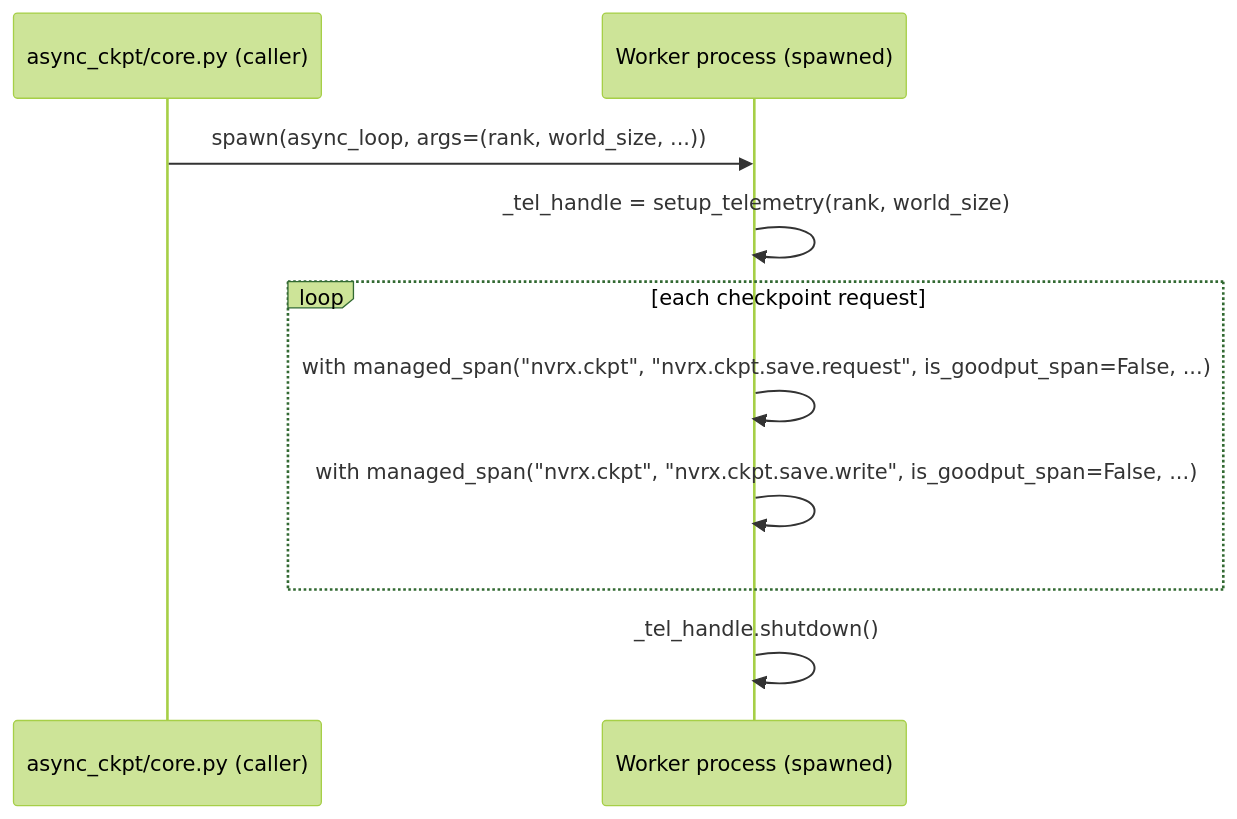
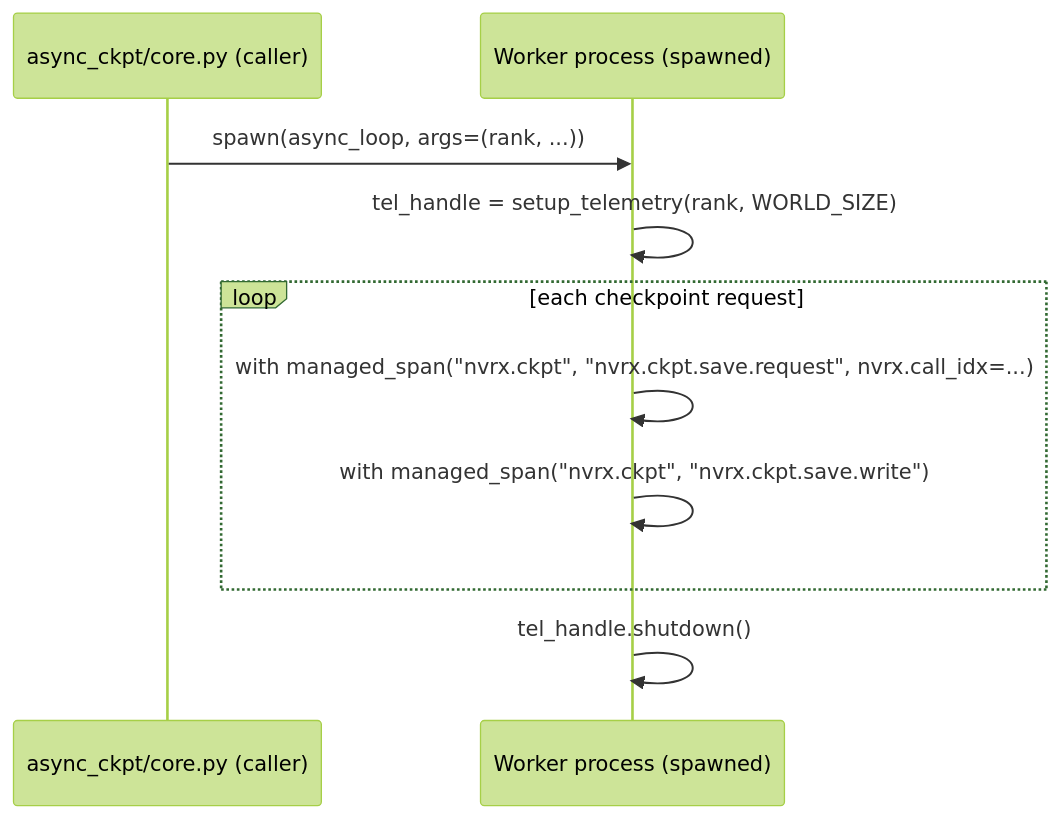
The third of 3 diagrams in docs/design/telemetry/NEMO_LENS.md (NVIDIA/nvidia-resiliency-ext), drawn with Mermaid (forest theme) before and after one commit. The commit also changed other lines of this file and 5 other files, not shown here.

````diff
--- a/docs/design/telemetry/NEMO_LENS.md
+++ b/docs/design/telemetry/NEMO_LENS.md
@@ -245,13 +161,13 @@
 ```mermaid
 sequenceDiagram
     participant C as async_ckpt/core.py (caller)
     participant W as Worker process (spawned)
 
-    C->>W: spawn(async_loop, args=(rank, world_size, ...))
-    W->>W: _tel_handle = setup_telemetry(rank, world_size)
+    C->>W: spawn(async_loop, args=(rank, ...))
+    W->>W: tel_handle = setup_telemetry(rank, WORLD_SIZE)
     loop each checkpoint request
-        W->>W: with managed_span("nvrx.ckpt", "nvrx.ckpt.save.request", is_goodput_span=False, ...)
-        W->>W: with managed_span("nvrx.ckpt", "nvrx.ckpt.save.write", is_goodput_span=False, ...)
+        W->>W: with managed_span("nvrx.ckpt", "nvrx.ckpt.save.request", nvrx.call_idx=...)
+        W->>W: with managed_span("nvrx.ckpt", "nvrx.ckpt.save.write")
     end
-    W->>W: _tel_handle.shutdown()
+    W->>W: tel_handle.shutdown()
 ```
````
